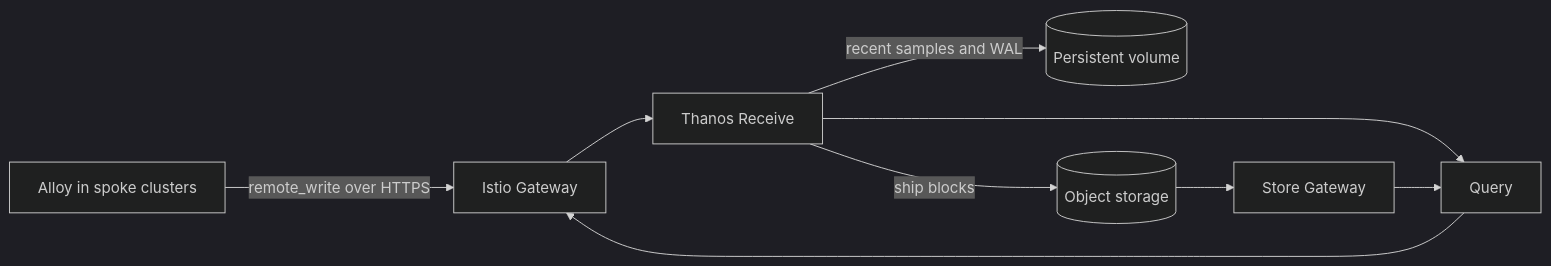
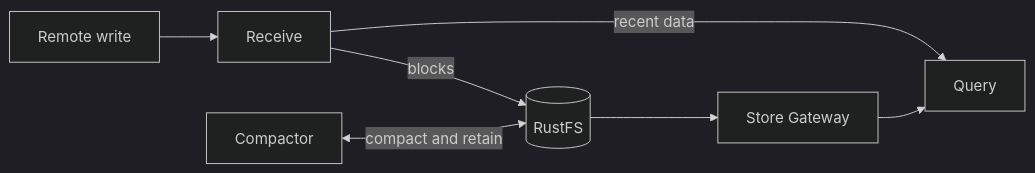
One commit to garyellis/lab-charts changed the diagram in charts/thanos/README.md. Above: the diagram before and after it, drawn with Mermaid (dark theme). The commit also changed other lines of this file and 22 other files, not shown here.

Commit message:
Implement Thanos observability charts

````diff
--- a/charts/thanos/README.md
+++ b/charts/thanos/README.md
@@ -5,11 +8,9 @@
 ```mermaid
 flowchart LR
-  A[Alloy in spoke clusters] -->|remote_write over HTTPS| G[Istio Gateway]
-  G --> R[Thanos Receive]
-  R -->|recent samples and WAL| P[(Persistent volume)]
-  R -->|ship blocks| O[(Object storage)]
-  O --> S[Store Gateway]
-  R --> Q[Query]
-  S --> Q
-  Q --> G
+  write[Remote write] --> receive[Receive]
+  receive -->|recent data| query[Query]
+  receive -->|blocks| rustfs[(RustFS)]
+  rustfs --> store[Store Gateway]
+  store --> query
+  compactor[Compactor] <-->|compact and retain| rustfs
 ```
````
